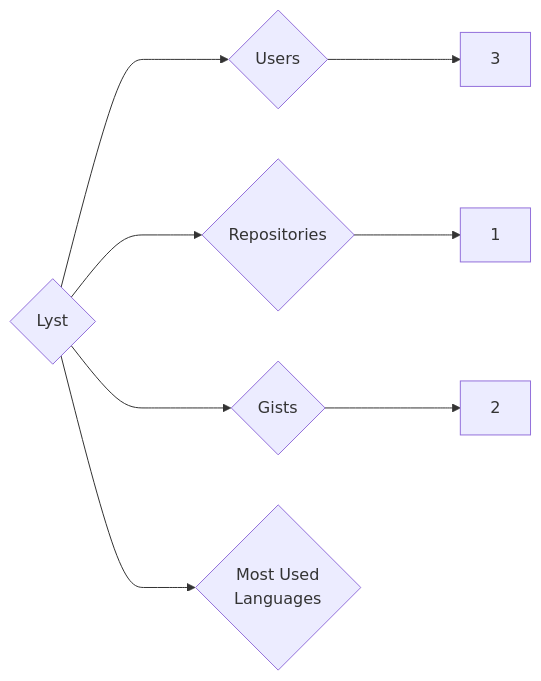
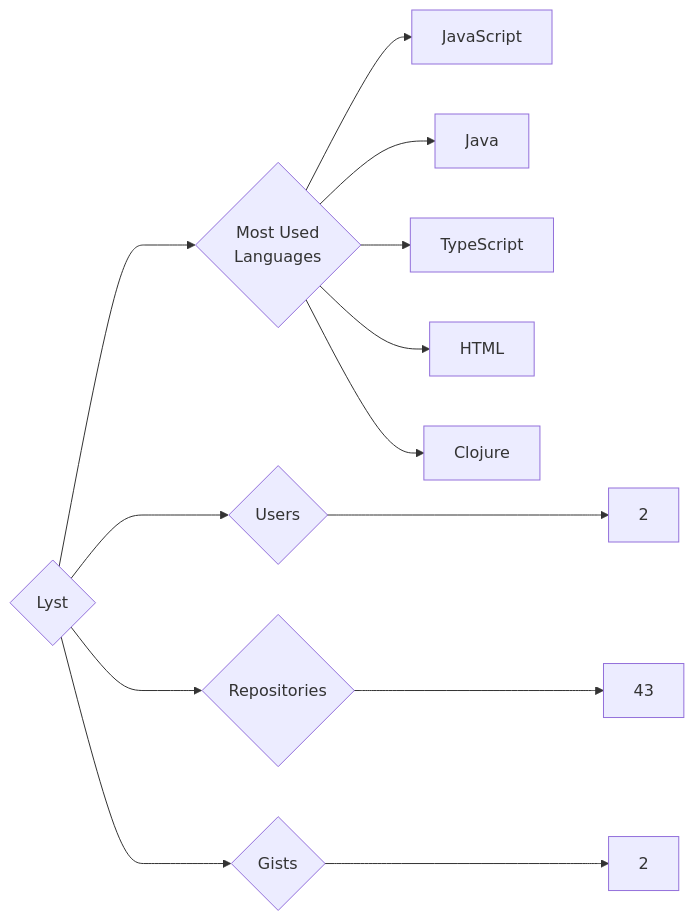
Before and after one commit to trickest/insiders: the diagram in targets/Lyst/README.md, drawn with Mermaid. The commit also changed 1248 other files, not shown here.

````diff
--- a/targets/Lyst/README.md
+++ b/targets/Lyst/README.md
@@ -3,8 +3,13 @@
 ```mermaid
 graph LR
 COMPANY_NAME{Lyst}
-COMPANY_NAME ---> U{Users} ---> UN[3]
-COMPANY_NAME ---> R{Repositories} ---> RN[1]
+COMPANY_NAME ---> U{Users} ---> UN[2]
+COMPANY_NAME ---> R{Repositories} ---> RN[43]
 COMPANY_NAME ---> G{Gists} ---> GN[2]
 COMPANY_NAME ---> ML{Most Used<br>Languages}
+ML --> JavaScript[JavaScript]
+ML --> Java[Java]
+ML --> TypeScript[TypeScript]
+ML --> HTML[HTML]
+ML --> Clojure[Clojure]
 ```
````
